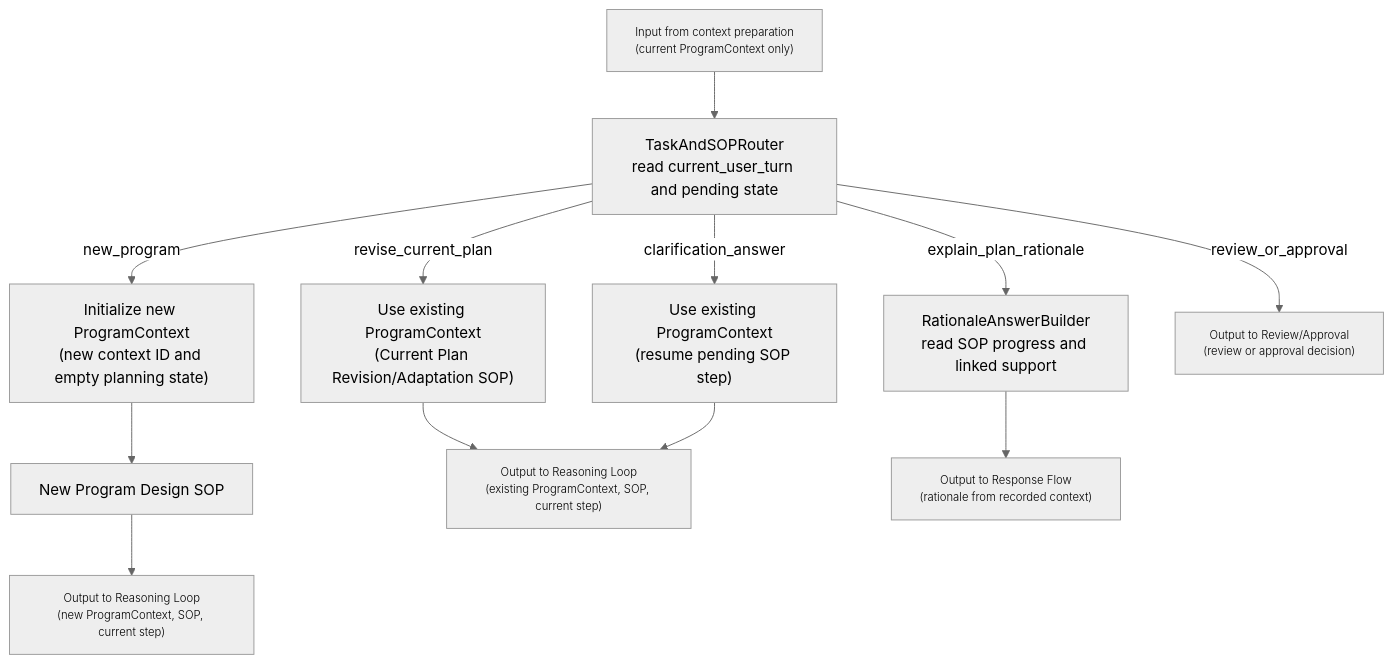
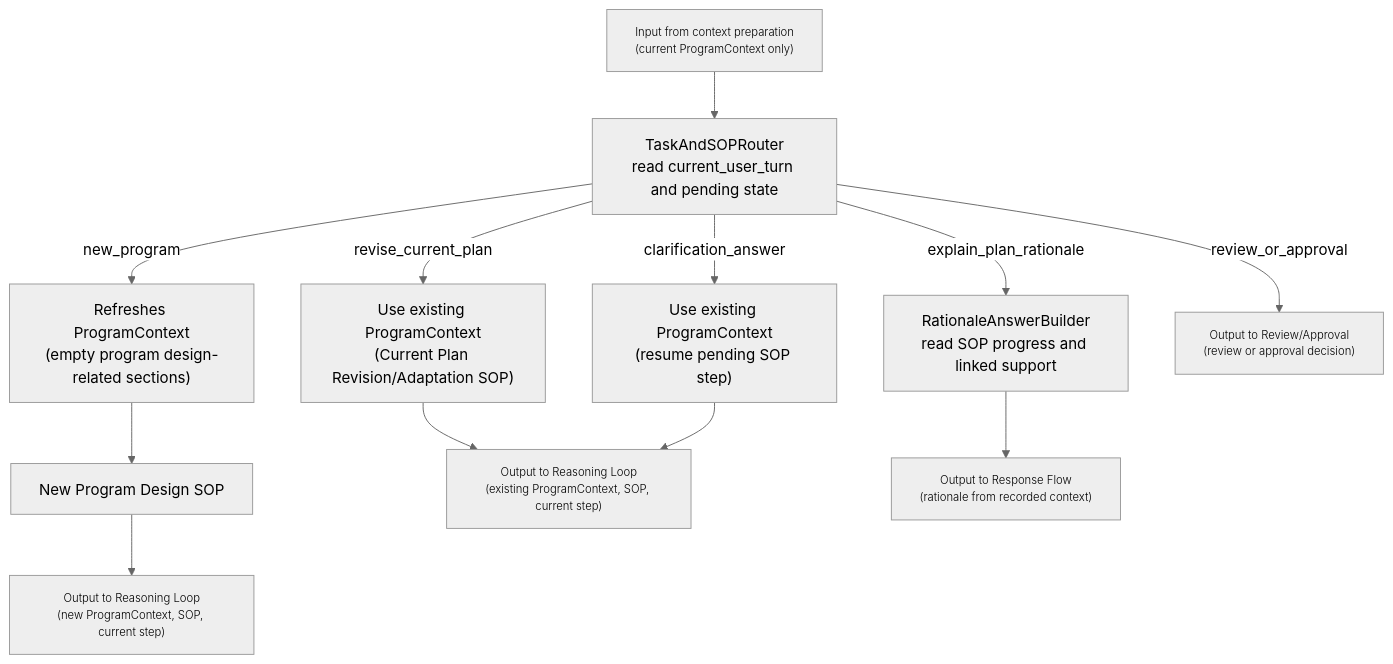
One commit to HanWang575/Agentic_Training_Plan_Generator changed the second of 5 diagrams in docs/functions/program_generator.md. Above: the diagram before and after it, drawn with Mermaid (neutral theme). The commit also changed other lines of this file and 3 other files, not shown here.

Commit message:
Clarify program generator activation and context design

````diff
--- a/docs/functions/program_generator.md
+++ b/docs/functions/program_generator.md
@@ -243,15 +210,15 @@
 ```mermaid
 flowchart TD
     classDef handoff font-size:12px,font-weight:300;
     CTX["Input from context preparation<br/>(current ProgramContext only)"]:::handoff --> ROUTE["TaskAndSOPRouter<br/>read current_user_turn and pending state"]
-    ROUTE -->|new_program| NEWCTX["Initialize new ProgramContext<br/>(new context ID and empty planning state)"]
+    ROUTE -->|new_program| NEWCTX["Refreshes ProgramContext<br/>(empty program design-related sections)"]
     NEWCTX --> NEW["New Program Design SOP"]
     NEW --> NEWOUT["Output to Reasoning Loop<br/>(new ProgramContext, SOP, current step)"]:::handoff
     ROUTE -->|revise_current_plan| REV["Use existing ProgramContext<br/>(Current Plan Revision/Adaptation SOP)"]
     REV --> EXISTOUT["Output to Reasoning Loop<br/>(existing ProgramContext, SOP, current step)"]:::handoff
     ROUTE -->|explain_plan_rationale| WHY["RationaleAnswerBuilder<br/>read SOP progress and linked support"]
     ROUTE -->|clarification_answer| RESUME["Use existing ProgramContext<br/>(resume pending SOP step)"]
     RESUME --> EXISTOUT
     ROUTE -->|review_or_approval| REVIEW["Output to Review/Approval<br/>(review or approval decision)"]:::handoff
     WHY --> WHYOUT["Output to Response Flow<br/>(rationale from recorded context)"]:::handoff
 ```
````
